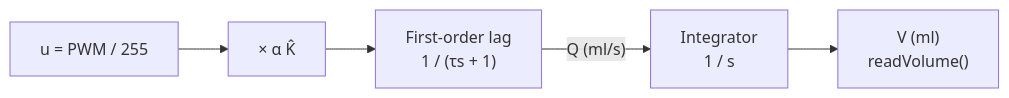
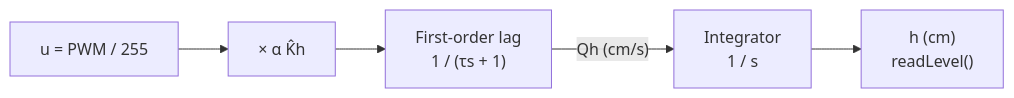
Before and after one commit to Rollie321/acads-notes: the diagram in Feedback/Finals/Project/project-1/04-project-simulation.md, drawn with Mermaid. The commit also changed other lines of this file and 6 other files, not shown here.

````diff
--- a/Feedback/Finals/Project/project-1/04-project-simulation.md
+++ b/Feedback/Finals/Project/project-1/04-project-simulation.md
@@ -34,7 +34,7 @@
 ```mermaid
 flowchart LR
-    U["u = PWM / 255"] --> K["× α K̂"]
+    U["u = PWM / 255"] --> K["× α K̂h"]
     K --> L["First-order lag<br/>1 / (τs + 1)"]
-    L -->|"Q (ml/s)"| I["Integrator<br/>1 / s"]
-    I --> V["V (ml)<br/>readVolume()"]
+    L -->|"Qh (cm/s)"| I["Integrator<br/>1 / s"]
+    I --> V["h (cm)<br/>readLevel()"]
 ```
````
